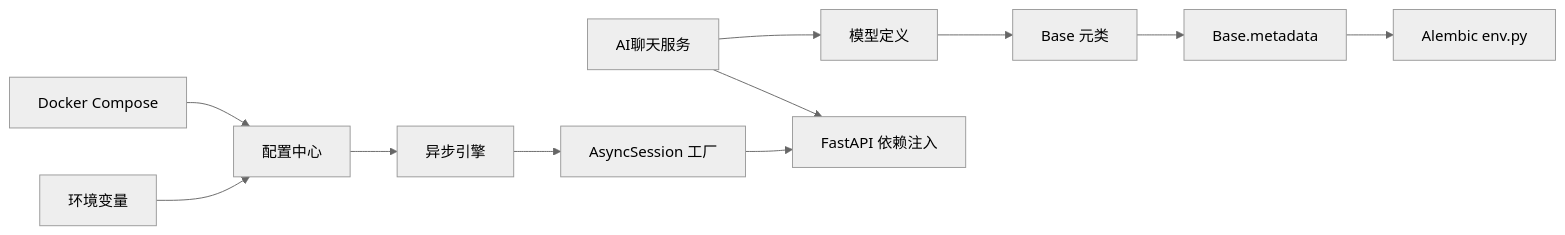
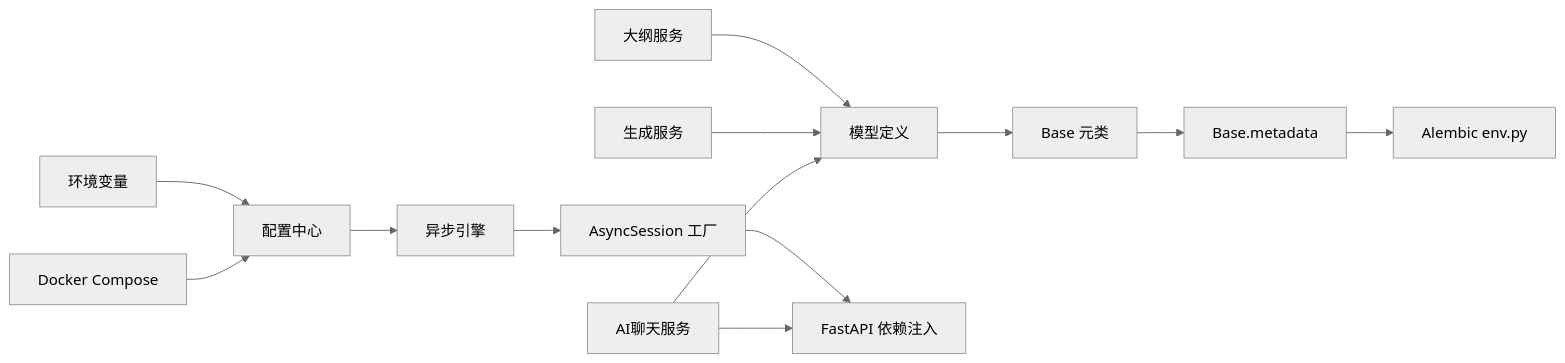
Before and after one commit to xfbyxq/ai-novel-system: diagram 13 of 13 in .qoder/repowiki/zh/content/后端架构/数据库设计.md, drawn with Mermaid (neutral theme). The commit also changed other lines of this file and 11 other files, not shown here.

````diff
--- a/.qoder/repowiki/zh/content/后端架构/数据库设计.md
+++ b/.qoder/repowiki/zh/content/后端架构/数据库设计.md
@@ -682,13 +827,15 @@
 ```mermaid
 graph LR
 Models["模型定义"] --> Base["Base 元类"]
 Base --> Meta["Base.metadata"]
 Meta --> Env["Alembic env.py"]
 Config["配置中心"] --> Engine["异步引擎"]
 Engine --> Session["AsyncSession 工厂"]
 Session --> API["FastAPI 依赖注入"]
+OutlineService["大纲服务"] --> Models
+GenerationService["生成服务"] --> Models
 AIChatService["AI聊天服务"] --> Models
 AIChatService --> API
 EnvVars["环境变量"] --> Config
 Compose["Docker Compose"] --> Config
 ```
````
